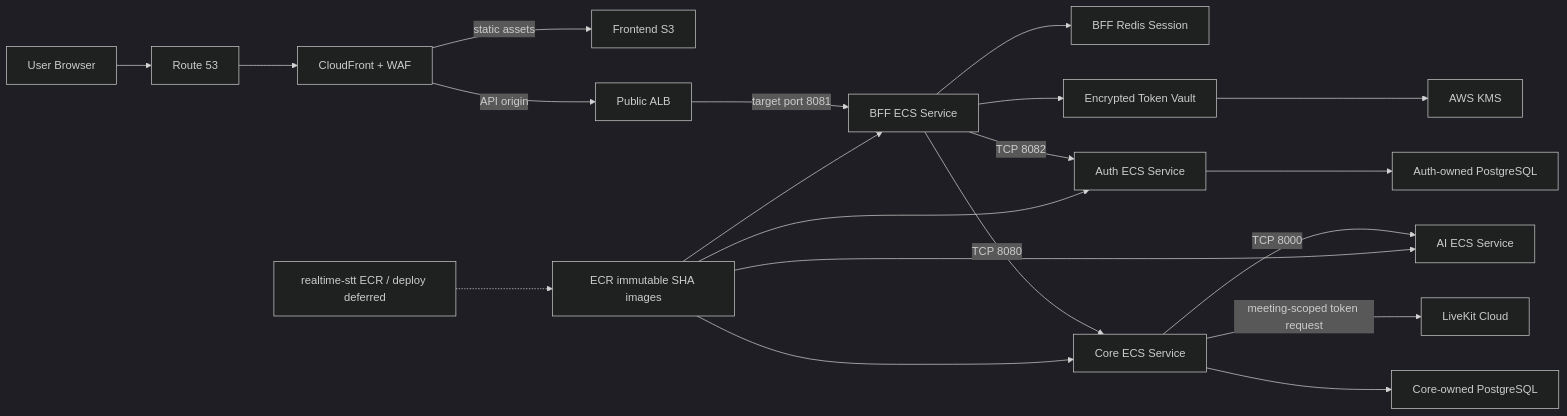
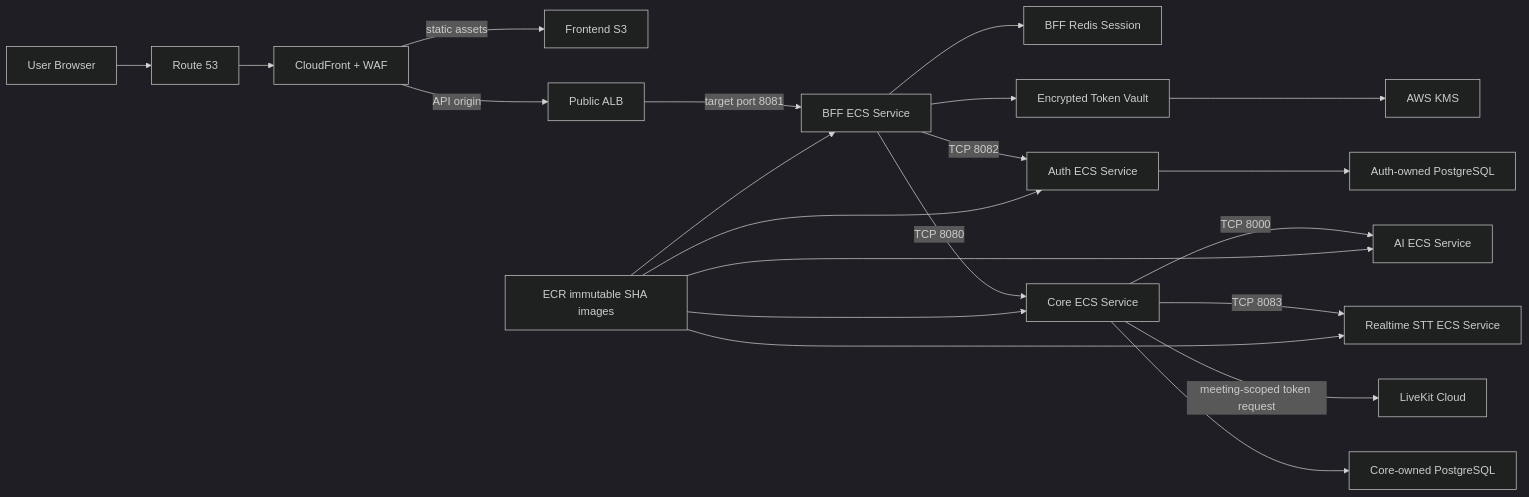
The diagram in specs/002-bff-auth-msa/plan.md (Meeting-Mind/MeetingMind), drawn with Mermaid (dark theme) before and after one commit. The commit also changed other lines of this file and 4 other files, not shown here.

Commit message:
docs: reflect realtime stt ecs deployment plan

````diff
--- a/specs/002-bff-auth-msa/plan.md
+++ b/specs/002-bff-auth-msa/plan.md
@@ -32,22 +32,23 @@
 ```mermaid
 flowchart LR
     Browser["User Browser"] --> Route53["Route 53"]
     Route53 --> Edge["CloudFront + WAF"]
     Edge -->|"static assets"| S3["Frontend S3"]
     Edge -->|"API origin"| ALB["Public ALB"]
     ALB -->|"target port 8081"| BFF["BFF ECS Service"]
     BFF --> Session["BFF Redis Session"]
     BFF --> Vault["Encrypted Token Vault"]
     BFF -->|"TCP 8082"| Auth["Auth ECS Service"]
     BFF -->|"TCP 8080"| Core["Core ECS Service"]
     Core -->|"TCP 8000"| AI["AI ECS Service"]
+    Core -->|"TCP 8083"| STT["Realtime STT ECS Service"]
     Core -->|"meeting-scoped token request"| LiveKit["LiveKit Cloud"]
     Auth --> AuthDb["Auth-owned PostgreSQL"]
     Core --> CoreDb["Core-owned PostgreSQL"]
     Vault --> Kms["AWS KMS"]
     ECR["ECR immutable SHA images"] --> BFF
     ECR --> Auth
     ECR --> Core
     ECR --> AI
-    Deferred["realtime-stt ECR / deploy deferred"] -.-> ECR
+    ECR --> STT
 ```
````
